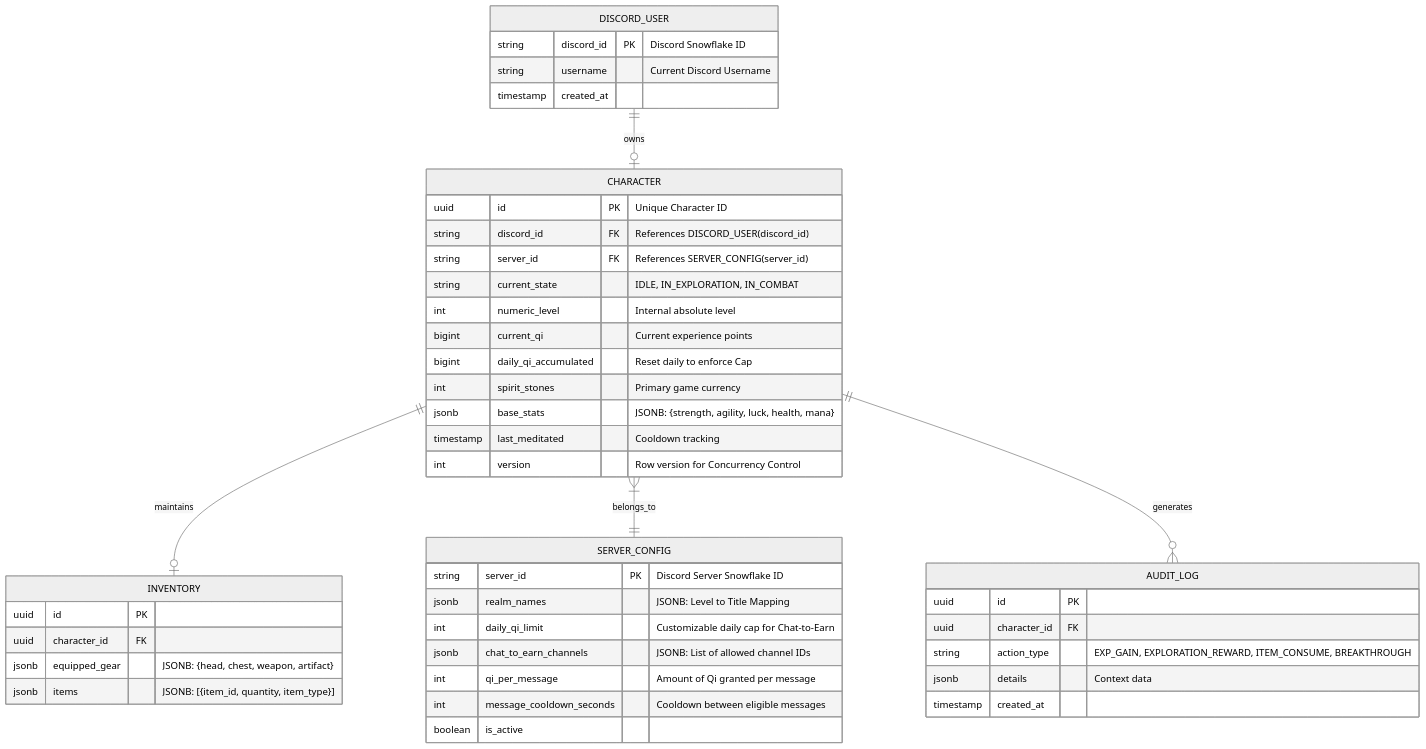
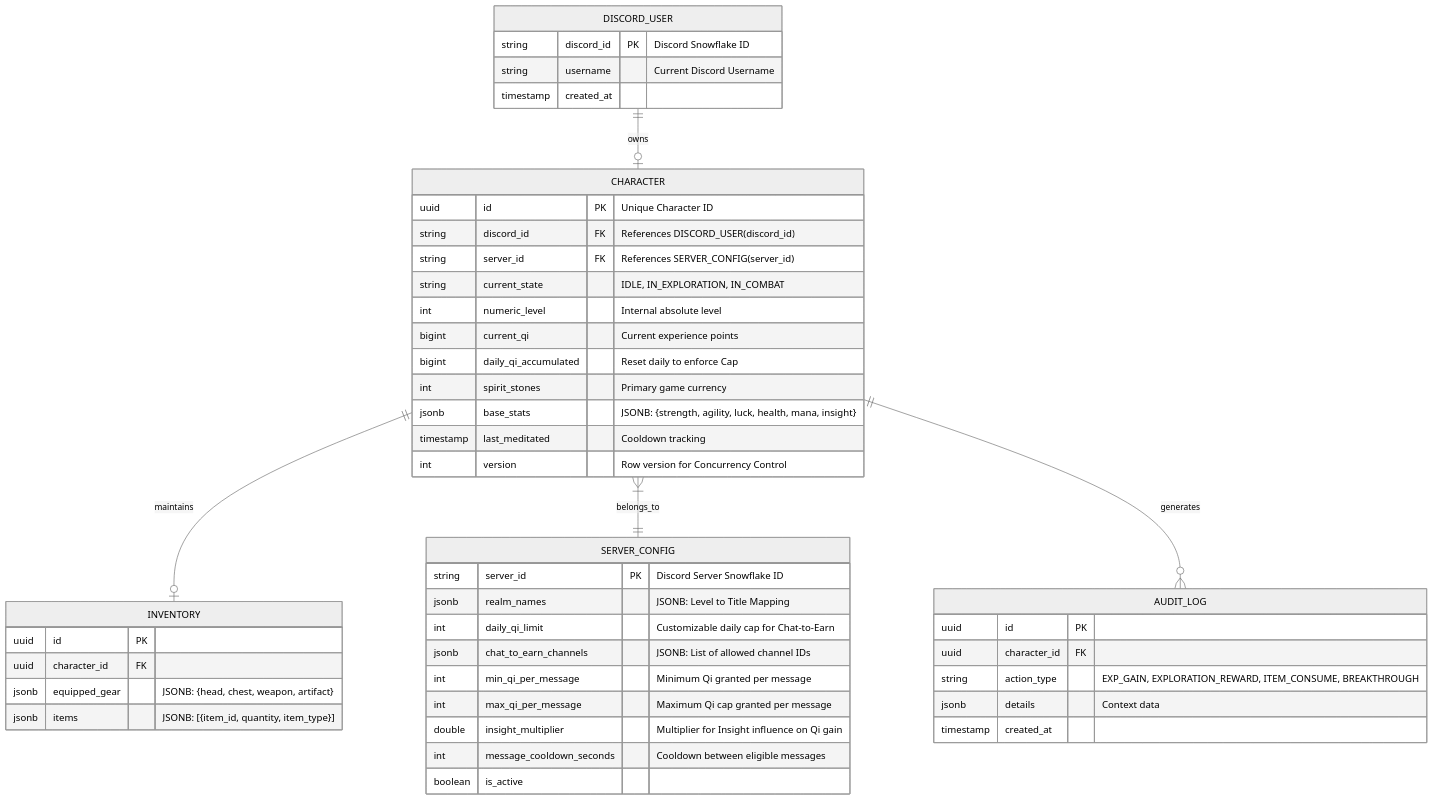
The diagram in docs/database_schema.md (haidinhtran/thienkhu), drawn with Mermaid (neutral theme) before and after one commit. The commit also changed 19 other files, not shown here.

````diff
--- a/docs/database_schema.md
+++ b/docs/database_schema.md
@@ -7,52 +7,54 @@
 ```mermaid
 erDiagram
     DISCORD_USER ||--o| CHARACTER : owns
     CHARACTER ||--o| INVENTORY : maintains
     CHARACTER }|--|| SERVER_CONFIG : belongs_to
     CHARACTER ||--o{ AUDIT_LOG : generates
 
     DISCORD_USER {
         string discord_id PK "Discord Snowflake ID"
         string username "Current Discord Username"
         timestamp created_at
     }
 
     CHARACTER {
         uuid id PK "Unique Character ID"
         string discord_id FK "References DISCORD_USER(discord_id)"
         string server_id FK "References SERVER_CONFIG(server_id)"
         string current_state "IDLE, IN_EXPLORATION, IN_COMBAT"
         int numeric_level "Internal absolute level"
         bigint current_qi "Current experience points"
         bigint daily_qi_accumulated "Reset daily to enforce Cap"
         int spirit_stones "Primary game currency"
-        jsonb base_stats "JSONB: {strength, agility, luck, health, mana}"
+        jsonb base_stats "JSONB: {strength, agility, luck, health, mana, insight}"
         timestamp last_meditated "Cooldown tracking"
         int version "Row version for Concurrency Control"
     }
 
     INVENTORY {
         uuid id PK
         uuid character_id FK
         jsonb equipped_gear "JSONB: {head, chest, weapon, artifact}"
         jsonb items "JSONB: [{item_id, quantity, item_type}]"
     }
 
     SERVER_CONFIG {
         string server_id PK "Discord Server Snowflake ID"
         jsonb realm_names "JSONB: Level to Title Mapping"
         int daily_qi_limit "Customizable daily cap for Chat-to-Earn"
         jsonb chat_to_earn_channels "JSONB: List of allowed channel IDs"
-        int qi_per_message "Amount of Qi granted per message"
+        int min_qi_per_message "Minimum Qi granted per message"
+        int max_qi_per_message "Maximum Qi cap granted per message"
+        double insight_multiplier "Multiplier for Insight influence on Qi gain"
         int message_cooldown_seconds "Cooldown between eligible messages"
         boolean is_active
     }
 
     AUDIT_LOG {
         uuid id PK
         uuid character_id FK
         string action_type "EXP_GAIN, EXPLORATION_REWARD, ITEM_CONSUME, BREAKTHROUGH"
         jsonb details "Context data"
         timestamp created_at
     }
 ```
````
